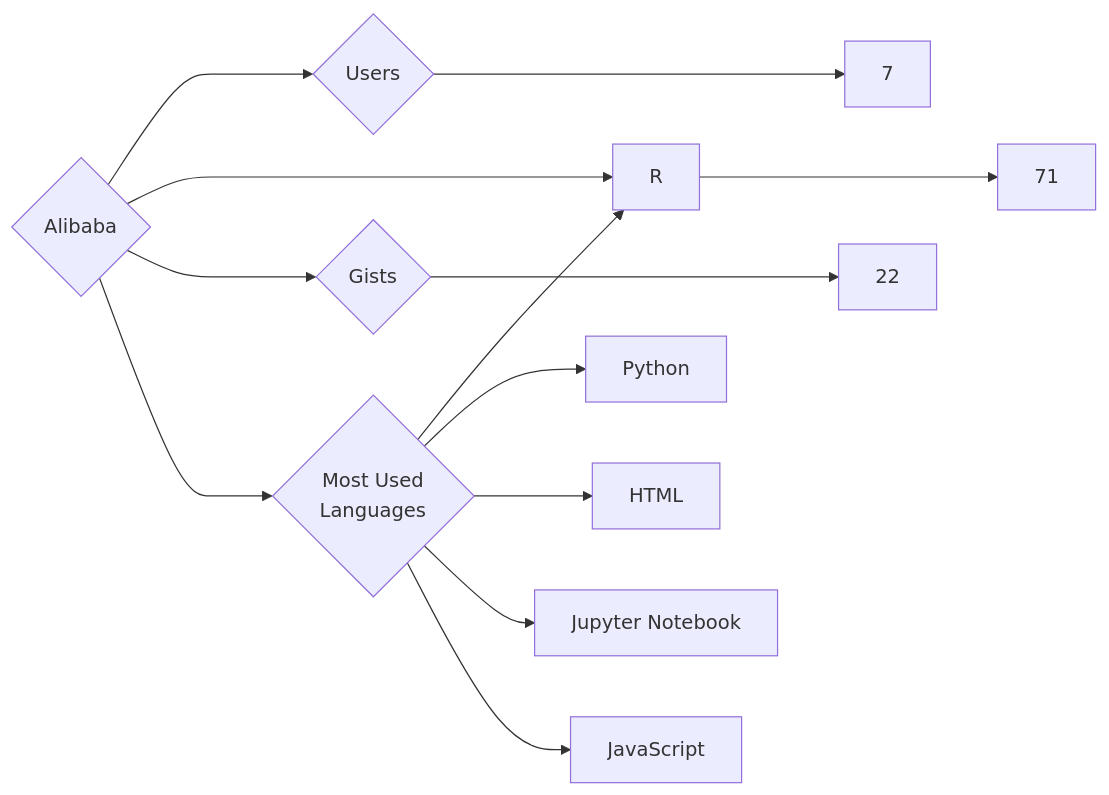
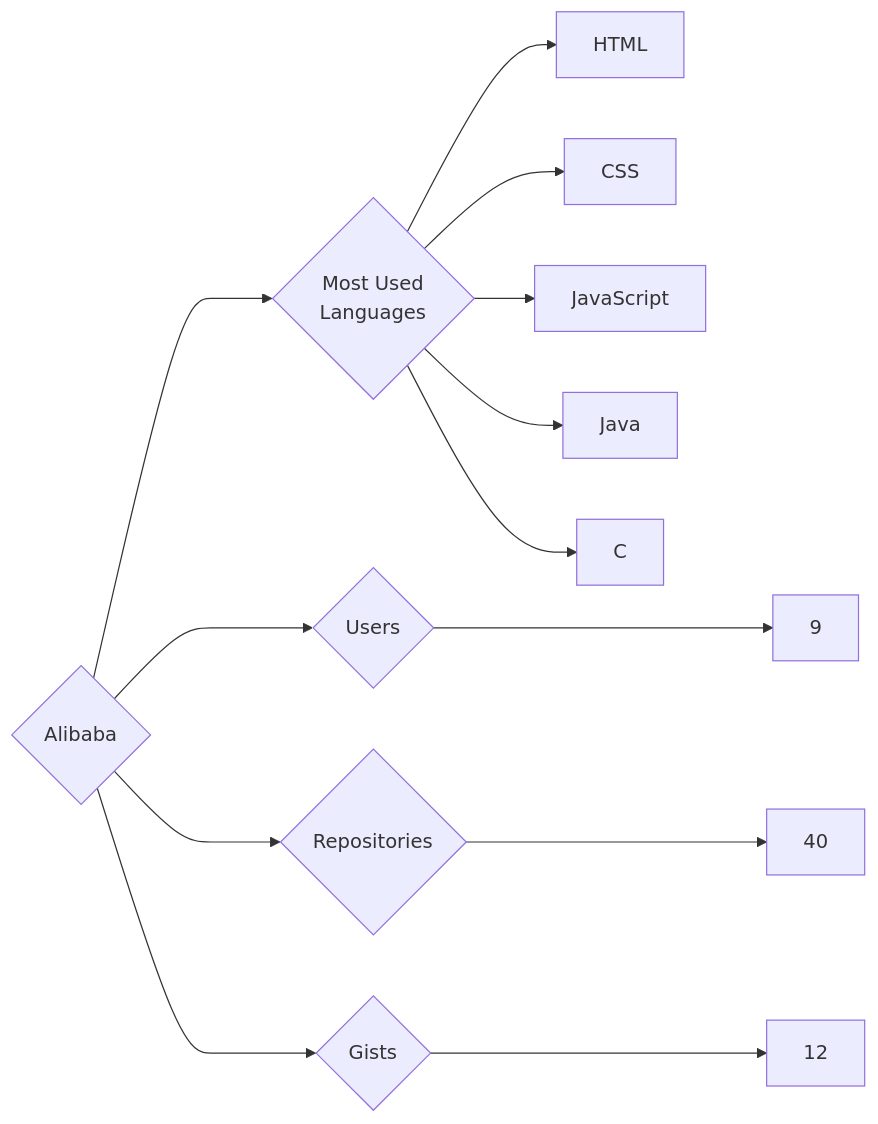
One commit to trickest/insiders changed the diagram in targets/Alibaba/README.md. Above: the diagram before and after it, drawn with Mermaid. The commit also changed 1088 other files, not shown here.

````diff
--- a/targets/Alibaba/README.md
+++ b/targets/Alibaba/README.md
@@ -3,13 +3,13 @@
 ```mermaid
 graph LR
 COMPANY_NAME{Alibaba}
-COMPANY_NAME ---> U{Users} ---> UN[7]
-COMPANY_NAME ---> R{Repositories} ---> RN[71]
-COMPANY_NAME ---> G{Gists} ---> GN[22]
+COMPANY_NAME ---> U{Users} ---> UN[9]
+COMPANY_NAME ---> R{Repositories} ---> RN[40]
+COMPANY_NAME ---> G{Gists} ---> GN[12]
 COMPANY_NAME ---> ML{Most Used<br>Languages}
-ML --> R[R]
-ML --> Python[Python]
 ML --> HTML[HTML]
-ML --> Jupyter_Notebook[Jupyter Notebook]
+ML --> CSS[CSS]
 ML --> JavaScript[JavaScript]
+ML --> Java[Java]
+ML --> C[C]
 ```
````
